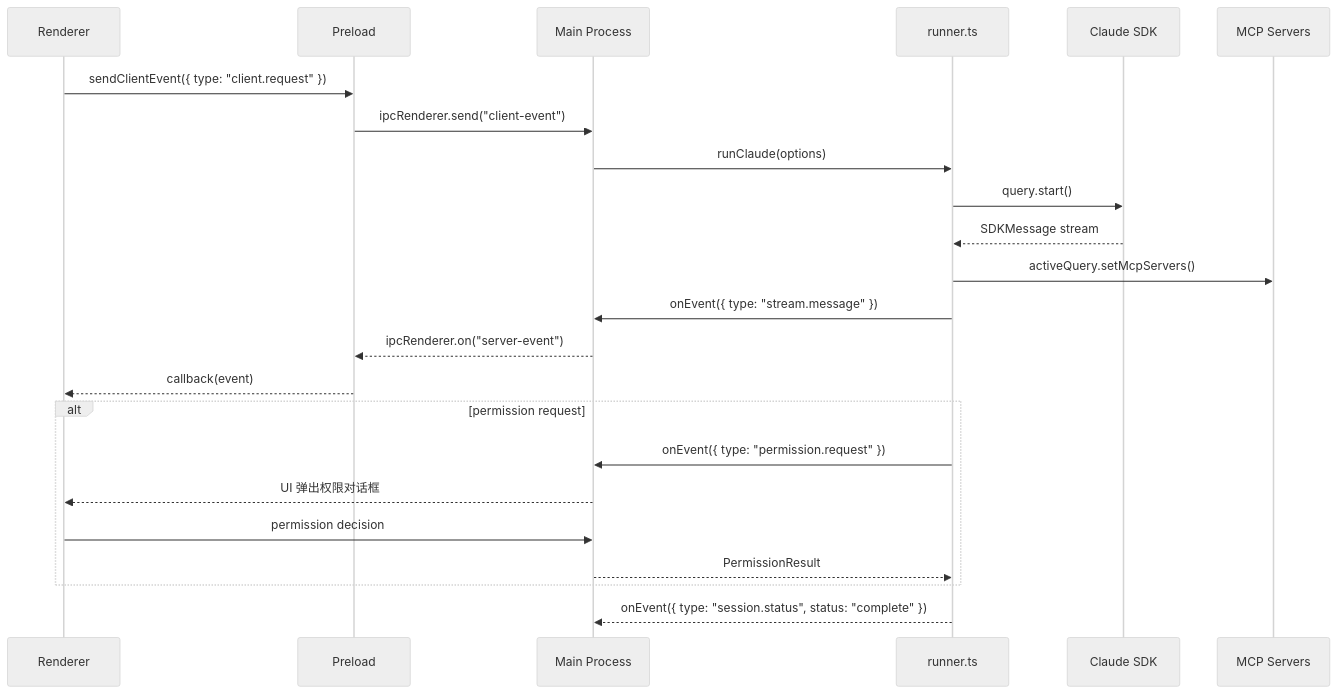
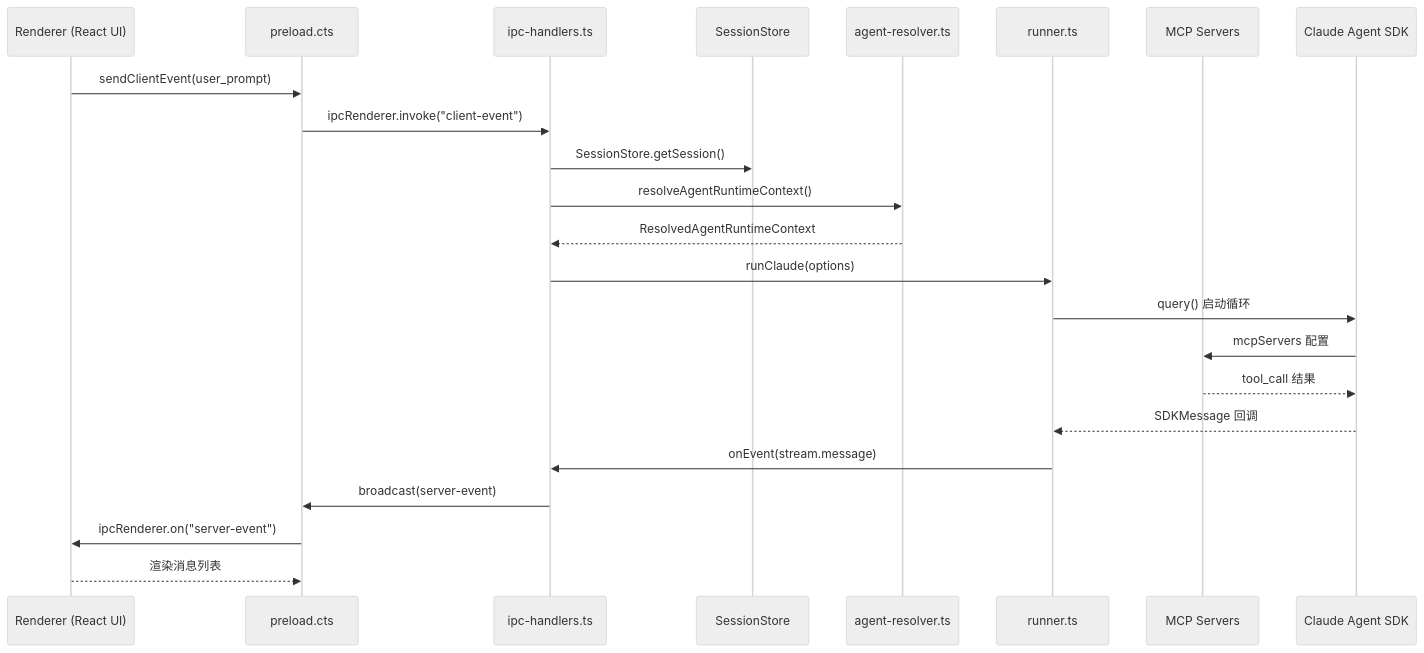
Before and after one commit to lst016/tech-cc-hub: the third of 3 diagrams in .tech/repowiki/zh/content/核心模块规格/Electron 运行时总览.md, drawn with Mermaid (neutral theme). The commit also changed other lines of this file and 195 other files, not shown here.

````diff
--- a/.tech/repowiki/zh/content/核心模块规格/Electron 运行时总览.md
+++ b/.tech/repowiki/zh/content/核心模块规格/Electron 运行时总览.md
@@ -97,29 +731,26 @@
 ```mermaid
 sequenceDiagram
-    participant Renderer
-    participant Preload
-    participant Main as Main Process
-    participant Runner as runner.ts
-    participant SDK as Claude SDK
-    participant MCP as MCP Servers
+    participant R as Renderer (React UI)
+    participant P as preload.cts
+    participant H as ipc-handlers.ts
+    participant S as SessionStore
+    participant A as agent-resolver.ts
+    participant Rn as runner.ts
+    participant M as MCP Servers
+    participant SDK as Claude Agent SDK
 
-    Renderer->>Preload: sendClientEvent({ type: "client.request" })
-    Preload->>Main: ipcRenderer.send("client-event")
-    Main->>Runner: runClaude(options)
-
-    Runner->>SDK: query.start()
-    SDK-->>Runner: SDKMessage stream
-    Runner->>MCP: activeQuery.setMcpServers()
-    Runner->>Main: onEvent({ type: "stream.message" })
-    Main-->>Preload: ipcRenderer.on("server-event")
-    Preload-->>Renderer: callback(event)
-
-    alt permission request
-        Runner->>Main: onEvent({ type: "permission.request" })
-        Main-->>Renderer: UI 弹出权限对话框
-        Renderer->>Main: permission decision
-        Main-->>Runner: PermissionResult
-    end
-
-    Runner-->>Main: onEvent({ type: "session.status", status: "complete" })
+    R->>P: sendClientEvent(user_prompt)
+    P->>H: ipcRenderer.invoke("client-event")
+    H->>S: SessionStore.getSession()
+    H->>A: resolveAgentRuntimeContext()
+    A-->>H: ResolvedAgentRuntimeContext
+    H->>Rn: runClaude(options)
+    Rn->>SDK: query() 启动循环
+    SDK->>M: mcpServers 配置
+    M-->>SDK: tool_call 结果
+    SDK-->>Rn: SDKMessage 回调
+    Rn->>H: onEvent(stream.message)
+    H->>P: broadcast(server-event)
+    P->>R: ipcRenderer.on("server-event")
+    R-->>P: 渲染消息列表
 ```
````
